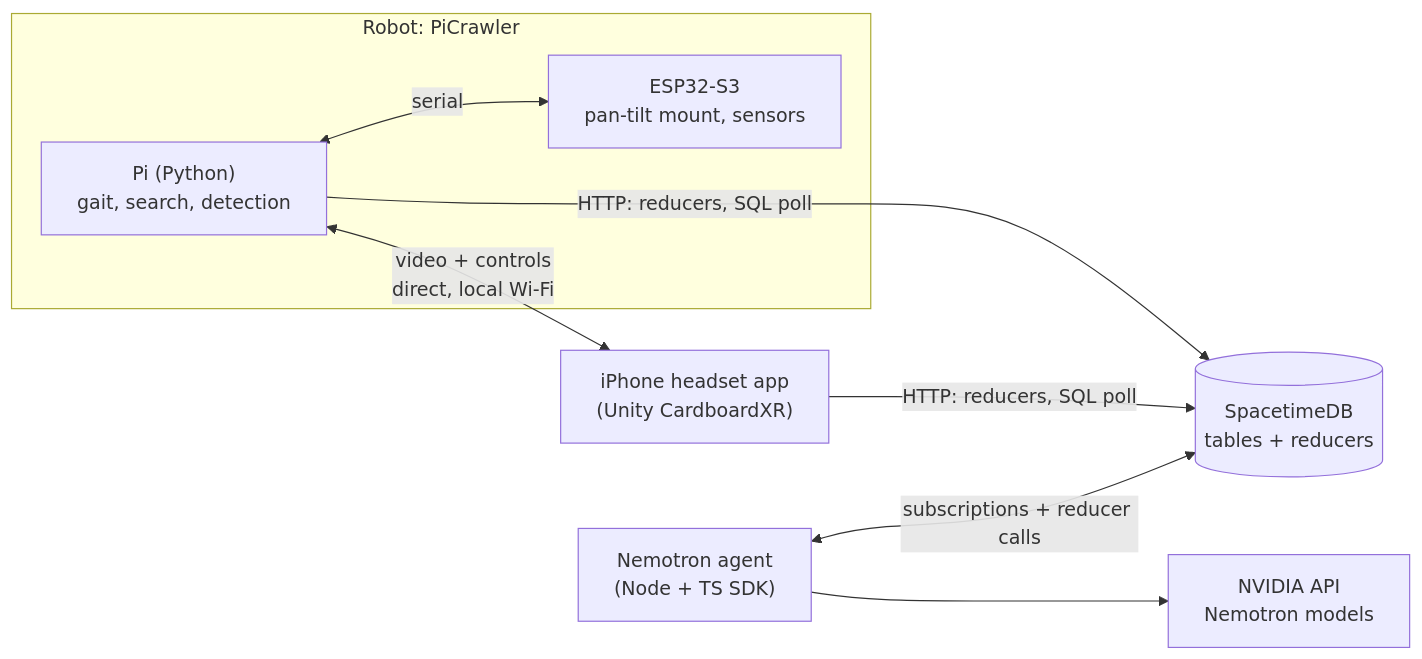
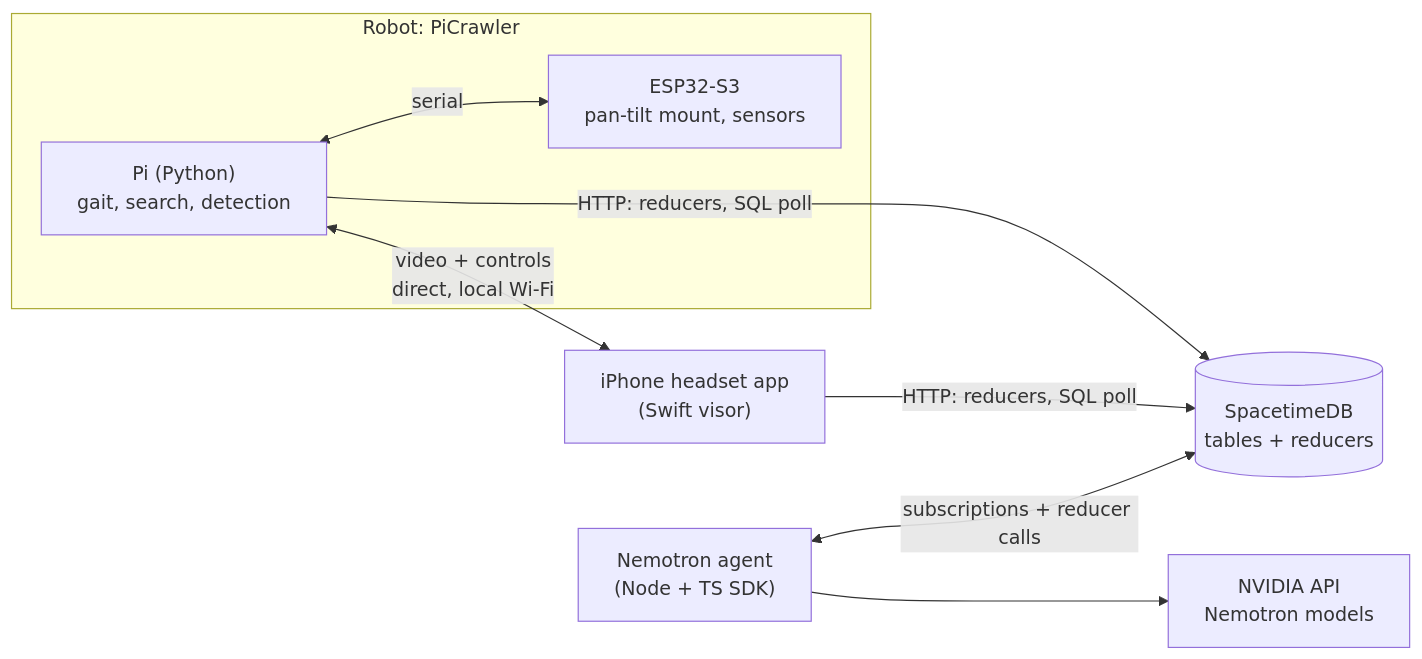
Before and after one commit to tanushchauhan/four-sight: the diagram in docs/plan.md, drawn with Mermaid. The commit also changed other lines of this file and 760 other files, not shown here.

Commit message:
Remove the Unity CardboardXR visor now that the Swift app is the headset.

````diff
--- a/docs/plan.md
+++ b/docs/plan.md
@@ -29,18 +29,18 @@
 ```mermaid
 flowchart LR
   subgraph Robot["Robot: PiCrawler"]
     PI["Pi (Python)<br/>gait, search, detection"]
     ESP["ESP32-S3<br/>pan-tilt mount, sensors"]
   end
-  PHONE["iPhone headset app<br/>(Unity CardboardXR)"]
+  PHONE["iPhone headset app<br/>(Swift visor)"]
   STDB[("SpacetimeDB<br/>tables + reducers")]
   AGENT["Nemotron agent<br/>(Node + TS SDK)"]
   NIM["NVIDIA API<br/>Nemotron models"]
 
   PI <-->|"video + controls<br/>direct, local Wi-Fi"| PHONE
   PI <-->|serial| ESP
   PI -->|HTTP: reducers, SQL poll| STDB
   PHONE -->|HTTP: reducers, SQL poll| STDB
   AGENT <-->|subscriptions + reducer calls| STDB
   AGENT --> NIM
 ```
````
